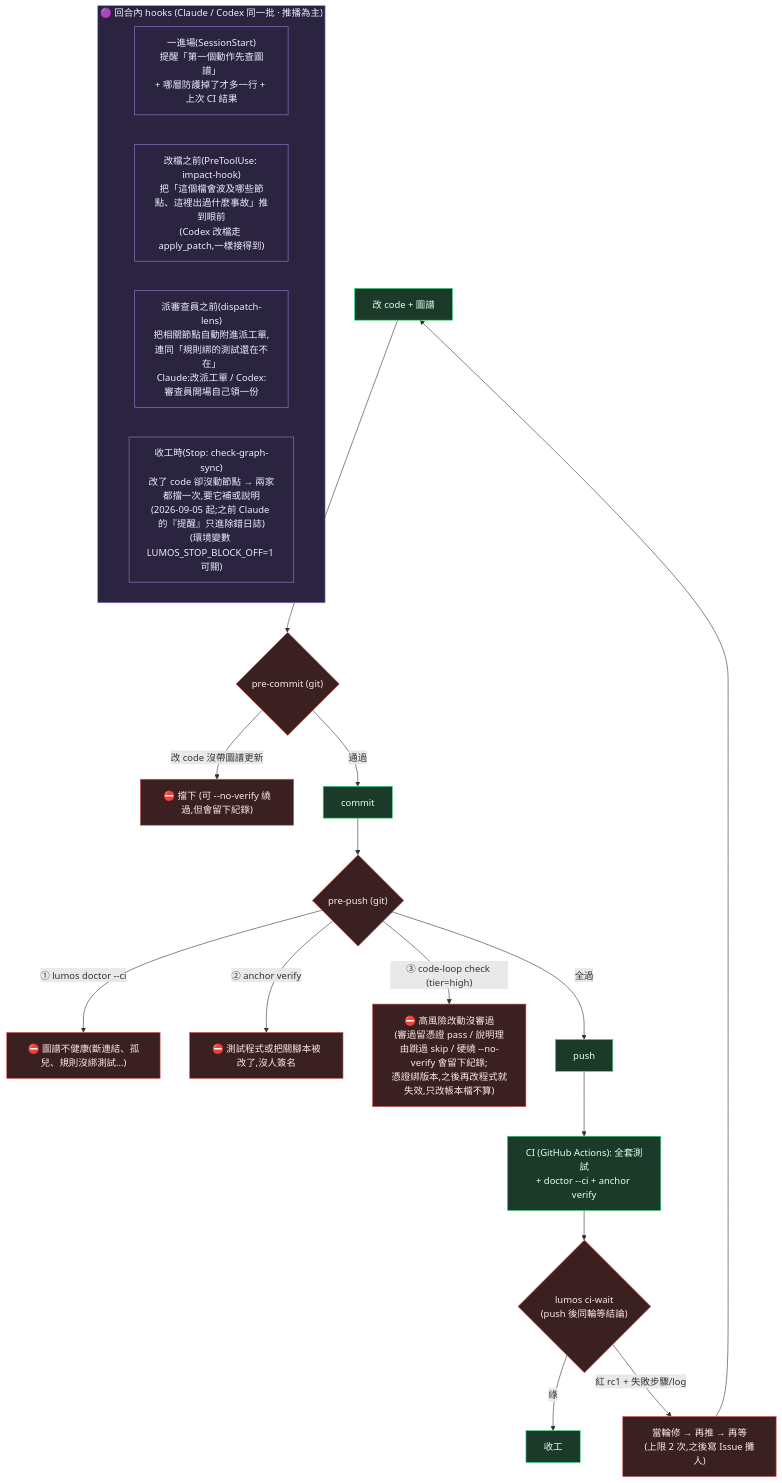
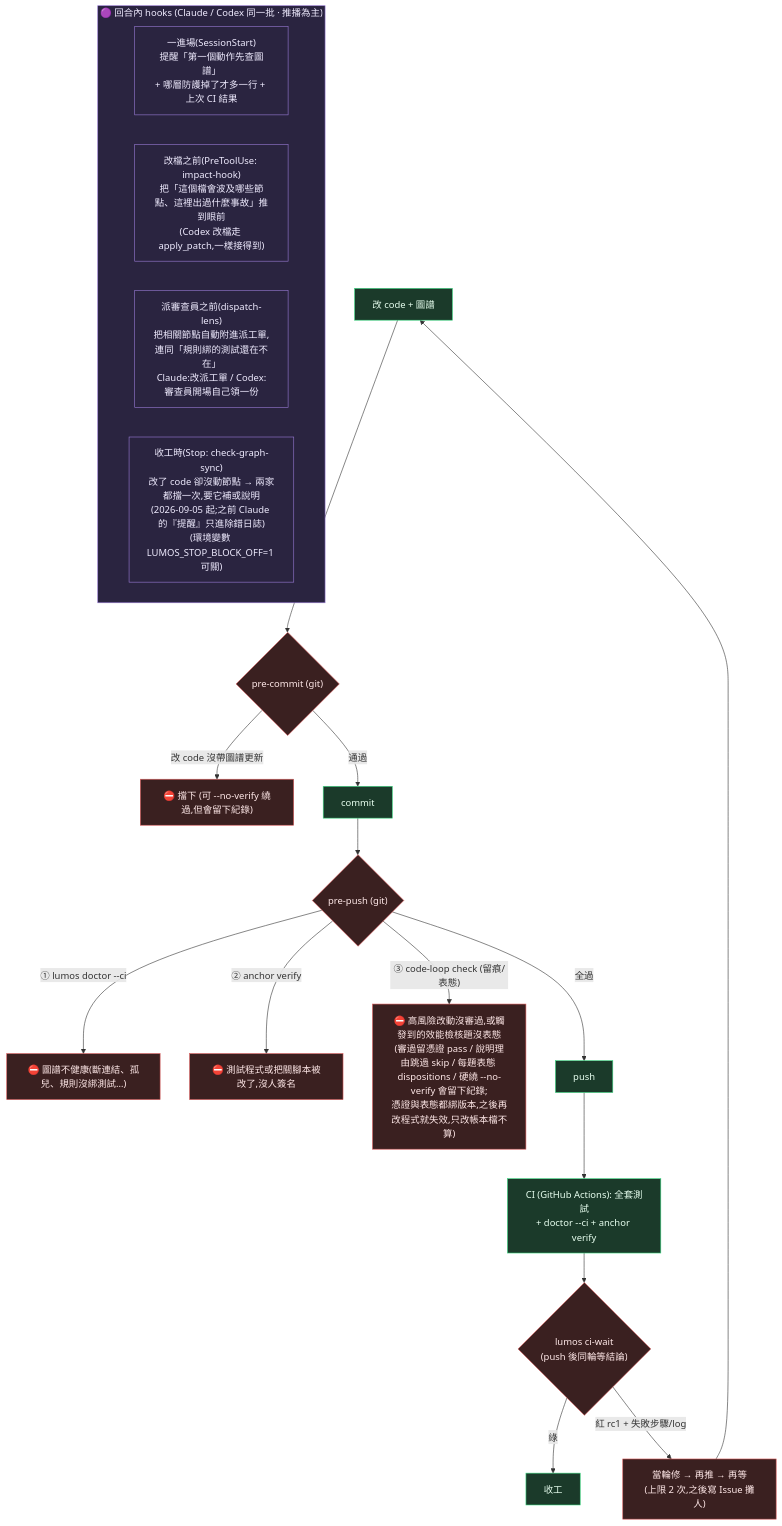
The fourth of 5 diagrams in ARCHITECTURE.md (EnzoHsieh-Android/Lumos), drawn with Mermaid before and after one commit. The commit also changed 45 other files, not shown here.

First line of the commit message:
feat(表態閘): 棧別提問觸發式適用性+推送前表態閘——pitfalls/impact 算適用題、code-loop dispositions/recall-miss/check 3.5 步、pre-push 分支 ref 無條件 check、鏡頭附表態、gov --stats 表態段;設計審三輪(r1 34/r2 46/r3 29 全折)卷證與圖譜同步

````diff
--- a/ARCHITECTURE.md
+++ b/ARCHITECTURE.md
@@ -160,32 +160,32 @@
 ```mermaid
 flowchart TB
     subgraph BEFORE["🟣 回合內 hooks (Claude / Codex 同一批 · 推播為主)"]
         ENTRY["一進場(SessionStart)<br/>提醒「第一個動作先查圖譜」<br/>+ 哪層防護掉了才多一行 + 上次 CI 結果"]
         PRE["改檔之前(PreToolUse: impact-hook)<br/>把「這個檔會波及哪些節點、這裡出過什麼事故」推到眼前<br/>(Codex 改檔走 apply_patch,一樣接得到)"]
         LENS["派審查員之前(dispatch-lens)<br/>把相關節點自動附進派工單,連同「規則綁的測試還在不在」<br/>Claude:改派工單 / Codex:審查員開場自己領一份"]
         STOPH["收工時(Stop: check-graph-sync)<br/>改了 code 卻沒動節點 → 兩家都擋一次,要它補或說明<br/>(2026-09-05 起;之前 Claude 的『提醒』只進除錯日誌)<br/>(環境變數 LUMOS_STOP_BLOCK_OFF=1 可關)"]
     end
 
     EDIT["改 code + 圖譜"] --> PC{"pre-commit (git)"}
     PC -->|"改 code 沒帶圖譜更新"| BLOCK["⛔ 擋下 (可 --no-verify 繞過,但會留下紀錄)"]
     PC -->|通過| COMMIT["commit"]
 
     COMMIT --> PUSH{"pre-push (git)"}
     PUSH -->|"① lumos doctor --ci"| PB1["⛔ 圖譜不健康(斷連結、孤兒、規則沒綁測試…)"]
     PUSH -->|"② anchor verify"| PB2["⛔ 測試程式或把關腳本被改了,沒人簽名"]
-    PUSH -->|"③ code-loop check (tier=high)"| PB3["⛔ 高風險改動沒審過<br/>(審過留憑證 pass / 說明理由跳過 skip / 硬繞 --no-verify 會留下紀錄;<br/>憑證綁版本,之後再改程式就失效,只改帳本檔不算)"]
+    PUSH -->|"③ code-loop check (留痕/表態)"| PB3["⛔ 高風險改動沒審過,或觸發到的效能檢核題沒表態<br/>(審過留憑證 pass / 說明理由跳過 skip / 每題表態 dispositions / 硬繞 --no-verify 會留下紀錄;<br/>憑證與表態都綁版本,之後再改程式就失效,只改帳本檔不算)"]
     PUSH -->|全過| PASS["push"]
     PASS --> CI["CI (GitHub Actions): 全套測試<br/>+ doctor --ci + anchor verify"]
     CI --> WAIT{"lumos ci-wait<br/>(push 後同輪等結論)"}
     WAIT -->|綠| DONE["收工"]
     WAIT -->|"紅 rc1 + 失敗步驟/log"| FIX["當輪修 → 再推 → 再等<br/>(上限 2 次,之後寫 Issue 攤人)"]
     FIX --> EDIT
 
     classDef gate fill:#3a2020,stroke:#dc5b5b,color:#ffe8e8
     classDef ok fill:#1b3a2a,stroke:#3ddc84,color:#e8fff0
     classDef push fill:#2a2440,stroke:#9a7bd6,color:#f0ecff
     class PC,PUSH,BLOCK,PB1,PB2,PB3 gate
     class COMMIT,PASS,CI,EDIT,DONE ok
     class WAIT,FIX gate
     class BEFORE,ENTRY,PRE,LENS,STOPH push
 ```
````
